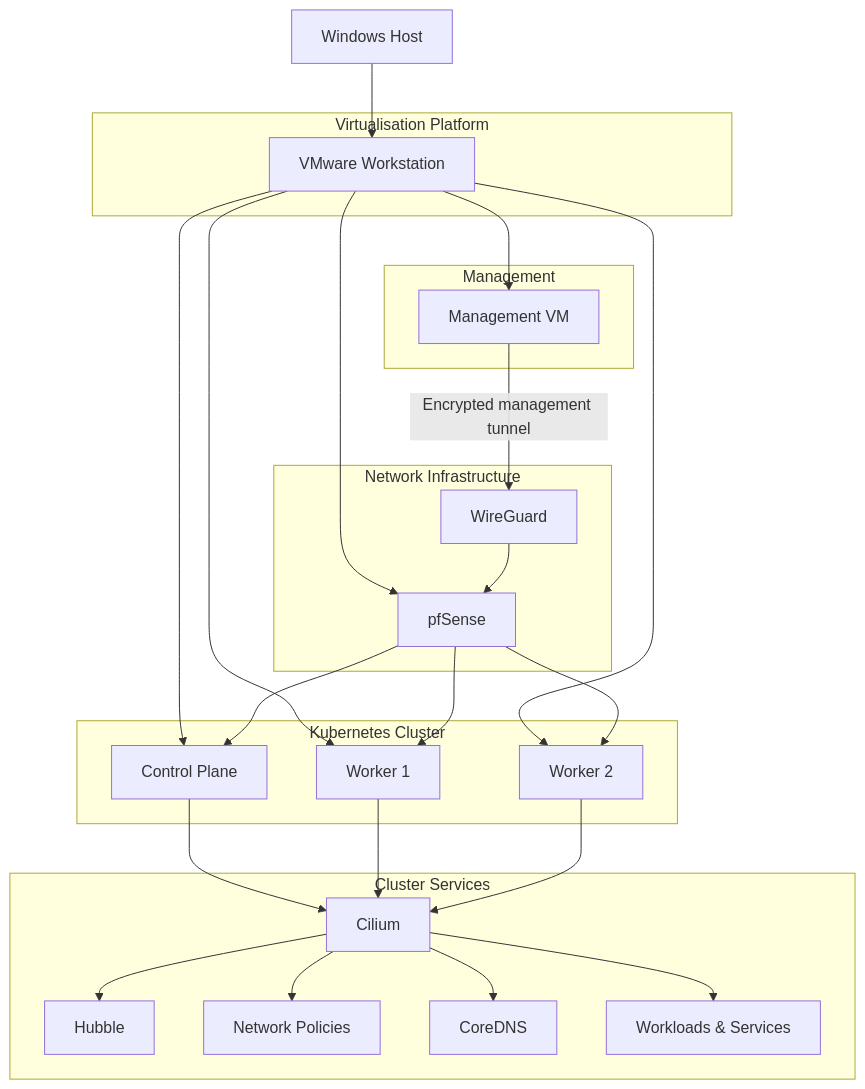
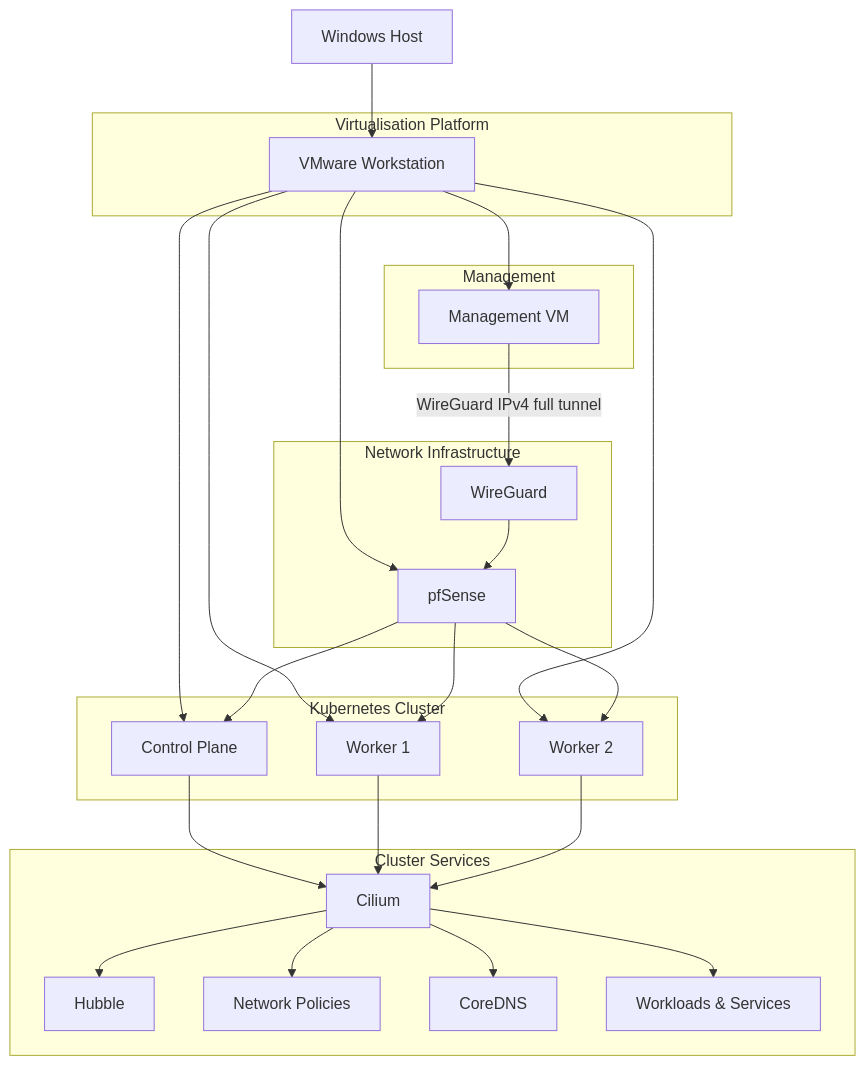
One commit to paknaoo/k8s-cilium-lab changed the diagram in README.md. Above: the diagram before and after it, drawn with Mermaid. The commit also changed other lines of this file and 2 other files, not shown here.

Commit message:
docs: update WireGuard to full-tunnel routing

````diff
--- a/README.md
+++ b/README.md
@@ -15,57 +15,57 @@
 ```mermaid
 flowchart TD
 
     HOST[Windows Host]
 
     subgraph VIRTUALISATION["Virtualisation Platform"]
         VMW[VMware Workstation]
     end
 
     subgraph MANAGEMENT["Management"]
         MGMT[Management VM]
     end
 
     subgraph NETWORK["Network Infrastructure"]
         PFSENSE[pfSense]
         WG[WireGuard]
     end
 
     subgraph CLUSTER["Kubernetes Cluster"]
         MASTER[Control Plane]
         WORKER1[Worker 1]
         WORKER2[Worker 2]
     end
 
     subgraph SERVICES["Cluster Services"]
         CILIUM[Cilium]
         HUBBLE[Hubble]
         NETPOL[Network Policies]
         COREDNS[CoreDNS]
         WORKLOADS[Workloads & Services]
     end
 
     HOST --> VMW
 
     VMW --> MGMT
     VMW --> PFSENSE
     VMW --> MASTER
     VMW --> WORKER1
     VMW --> WORKER2
 
-    MGMT -->|Encrypted management tunnel| WG
+    MGMT -->|WireGuard IPv4 full tunnel| WG
     WG --> PFSENSE
 
     PFSENSE --> MASTER
     PFSENSE --> WORKER1
     PFSENSE --> WORKER2
 
     MASTER --> CILIUM
     WORKER1 --> CILIUM
     WORKER2 --> CILIUM
 
     CILIUM --> HUBBLE
     CILIUM --> NETPOL
     CILIUM --> COREDNS
     CILIUM --> WORKLOADS
 
 ```
````
